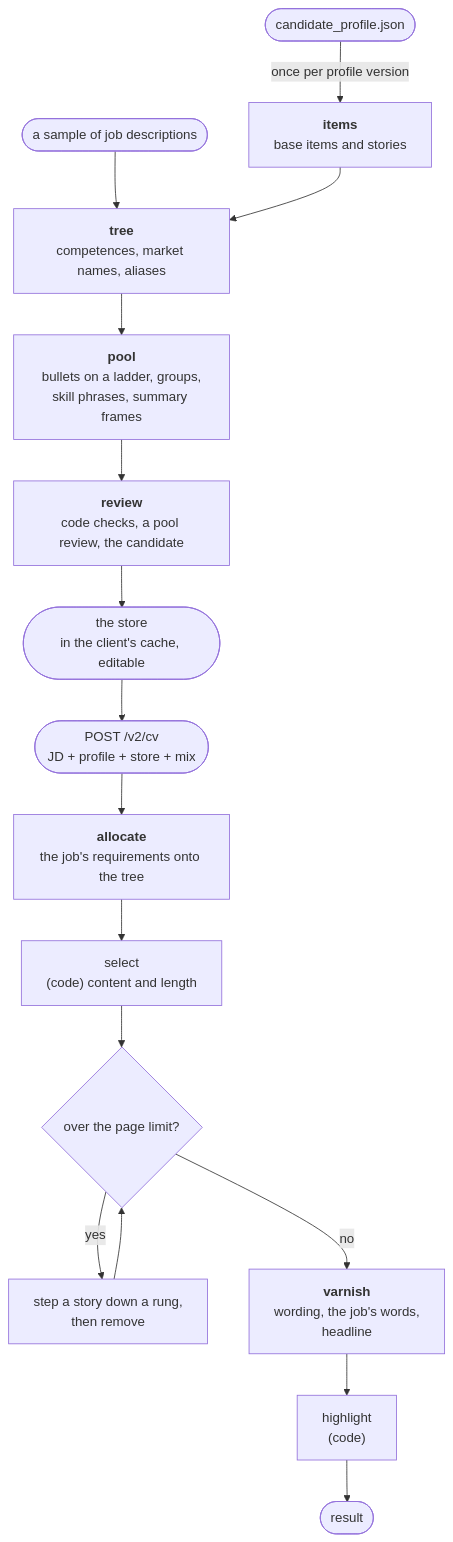
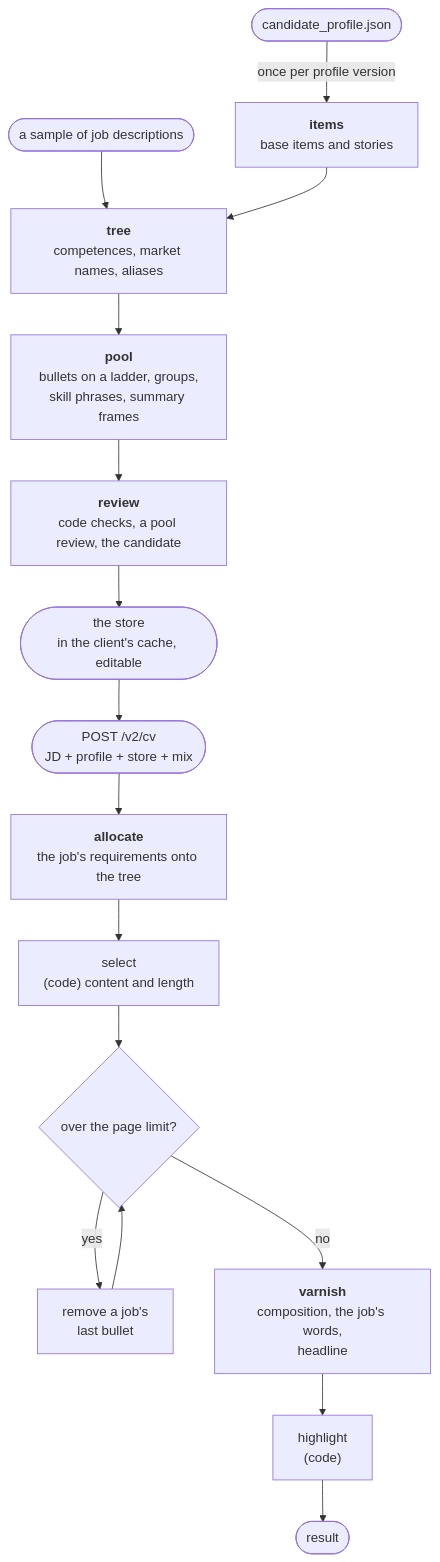
The diagram in doc/CV-PIPELINE-V2.md (gcontini/ats-strike), drawn with Mermaid before and after one commit. The commit also changed other lines of this file and 15 other files, not shown here.

````diff
--- a/doc/CV-PIPELINE-V2.md
+++ b/doc/CV-PIPELINE-V2.md
@@ -87,17 +88,17 @@
 ```mermaid
 flowchart TD
     PROF(["candidate_profile.json"]) -->|"once per profile version"| ITEMS["<b>items</b><br/>base items and stories"]
     JDS(["a sample of job descriptions"]) --> TREE
     ITEMS --> TREE["<b>tree</b><br/>competences, market names, aliases"]
     TREE --> POOL["<b>pool</b><br/>bullets on a ladder, groups,<br/>skill phrases, summary frames"]
     POOL --> REV["<b>review</b><br/>code checks, a pool review, the candidate"]
     REV --> STORE(["the store<br/>in the client's cache, editable"])
     STORE --> START(["POST /v2/cv<br/>JD + profile + store + mix"])
     START --> ALLOC["<b>allocate</b><br/>the job's requirements onto the tree"]
     ALLOC --> SEL["select<br/>(code) content and length"]
     SEL --> FIT{"over the page limit?"}
-    FIT -->|"yes"| DOWN["step a story down a rung,<br/>then remove"] --> FIT
-    FIT -->|"no"| VAR["<b>varnish</b><br/>wording, the job's words,<br/>headline"]
+    FIT -->|"yes"| DOWN["remove a job's<br/>last bullet"] --> FIT
+    FIT -->|"no"| VAR["<b>varnish</b><br/>composition, the job's words,<br/>headline"]
     VAR --> HL["highlight<br/>(code)"]
     HL --> FIN(["result"])
 ```
````
